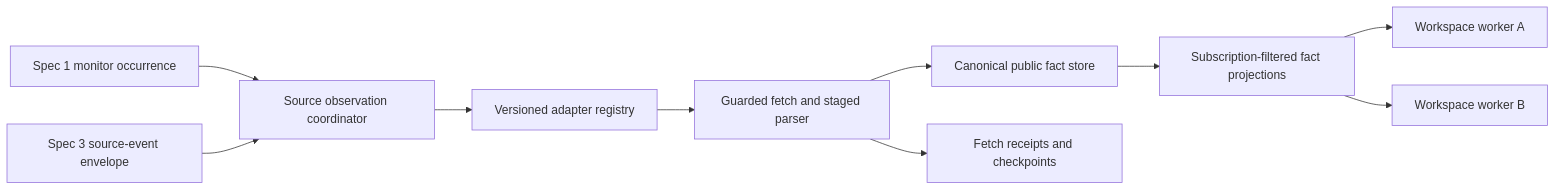
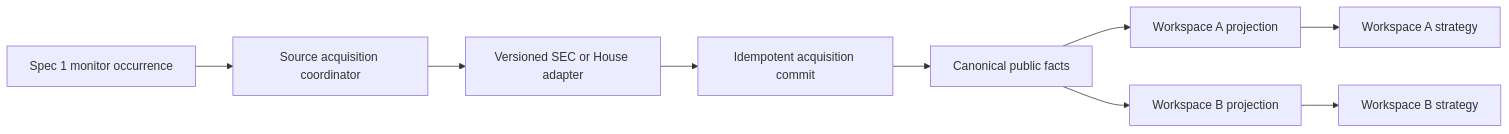
The diagram in specs/03-public-source-adapters.md (Must-be-Ash/adaam), drawn with Mermaid before and after one commit. The commit also changed other lines of this file and 6 other files, not shown here.

````diff
--- a/specs/03-public-source-adapters.md
+++ b/specs/03-public-source-adapters.md
@@ -190,12 +116,11 @@
 ```mermaid
 flowchart LR
-    M["Spec 1 monitor occurrence"] --> O["Source observation coordinator"]
-    E["Spec 3 source-event envelope"] --> O
-    O --> R["Versioned adapter registry"]
-    R --> F["Guarded fetch and staged parser"]
-    F --> C["Canonical public fact store"]
-    F --> K["Fetch receipts and checkpoints"]
-    C --> P["Subscription-filtered fact projections"]
-    P --> W1["Workspace worker A"]
-    P --> W2["Workspace worker B"]
+    M["Spec 1 monitor occurrence"] --> C["Source acquisition coordinator"]
+    C --> A["Versioned SEC or House adapter"]
+    A --> O["Idempotent acquisition commit"]
+    O --> F["Canonical public facts"]
+    F --> P1["Workspace A projection"]
+    F --> P2["Workspace B projection"]
+    P1 --> S1["Workspace A strategy"]
+    P2 --> S2["Workspace B strategy"]
 ```
````
